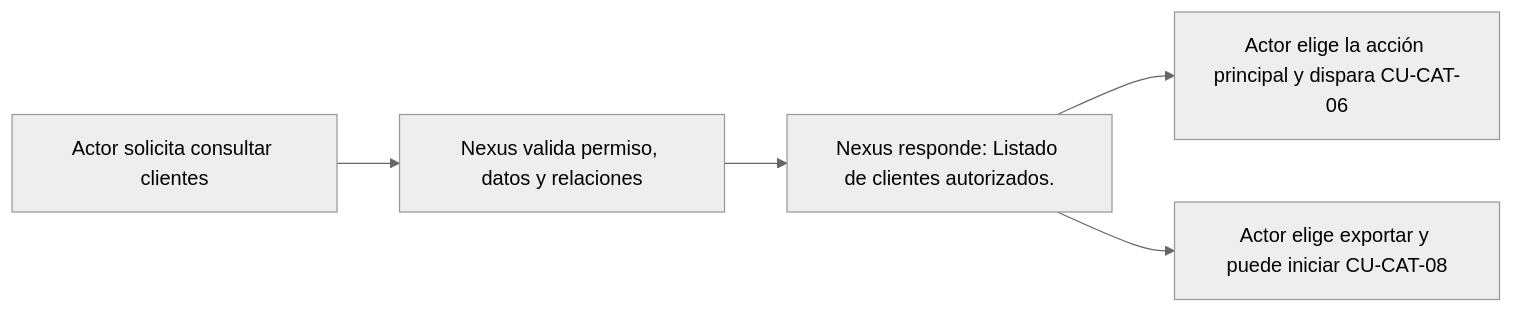
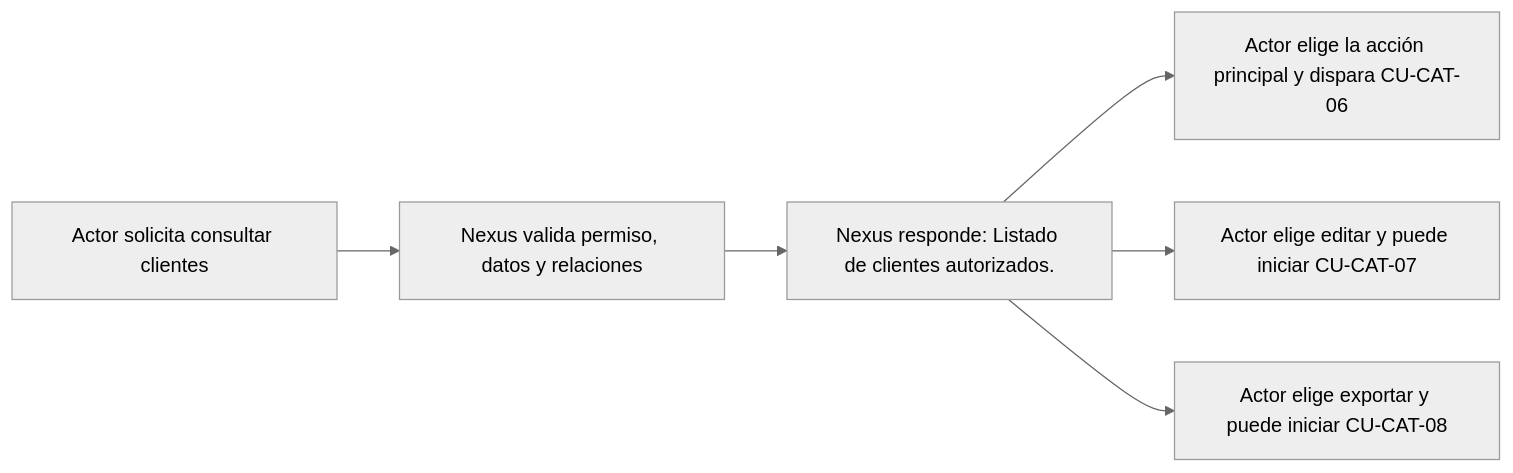
Before and after one commit to gpgsistemas01/nexus: the diagram in docs/requirements/diagrams/catalogs/cu-cat-05.md, drawn with Mermaid (neutral theme). The commit also changed 473 other files, not shown here.

````diff
--- a/docs/requirements/diagrams/catalogs/cu-cat-05.md
+++ b/docs/requirements/diagrams/catalogs/cu-cat-05.md
@@ -3,7 +3,9 @@
 ```mermaid
 flowchart LR
+    accTitle: CU-CAT-05 — Consultar clientes
     request["Actor solicita consultar clientes"] --> validate["Nexus valida permiso, datos y relaciones"]
     validate --> result["Nexus responde: Listado de clientes autorizados."]
     result --> primary["Actor elige la acción principal y dispara CU-CAT-06"]
+    result --> edit["Actor elige editar y puede iniciar CU-CAT-07"]
     result --> report["Actor elige exportar y puede iniciar CU-CAT-08"]
 ```
````
